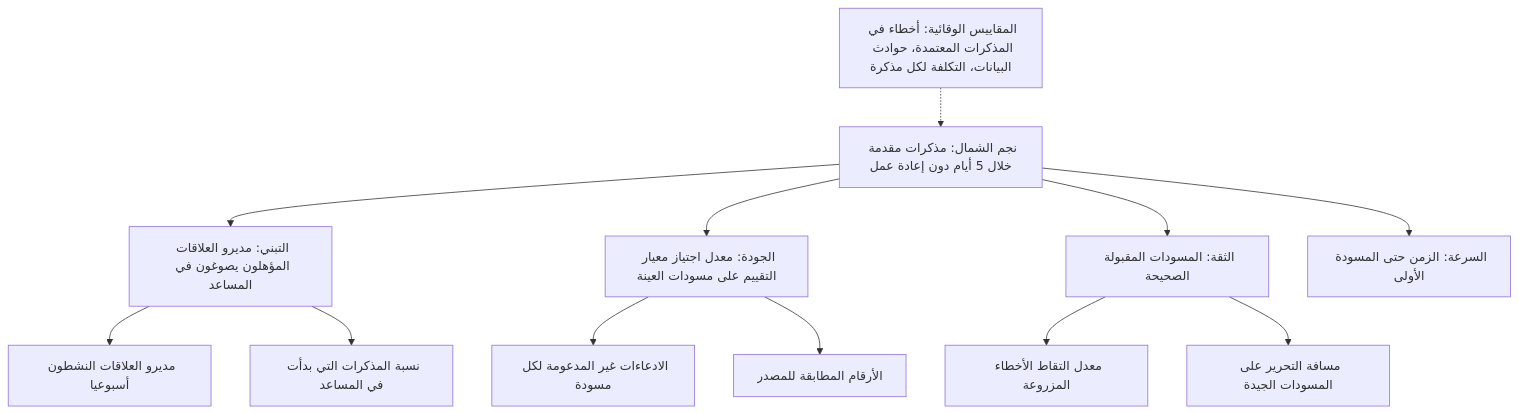
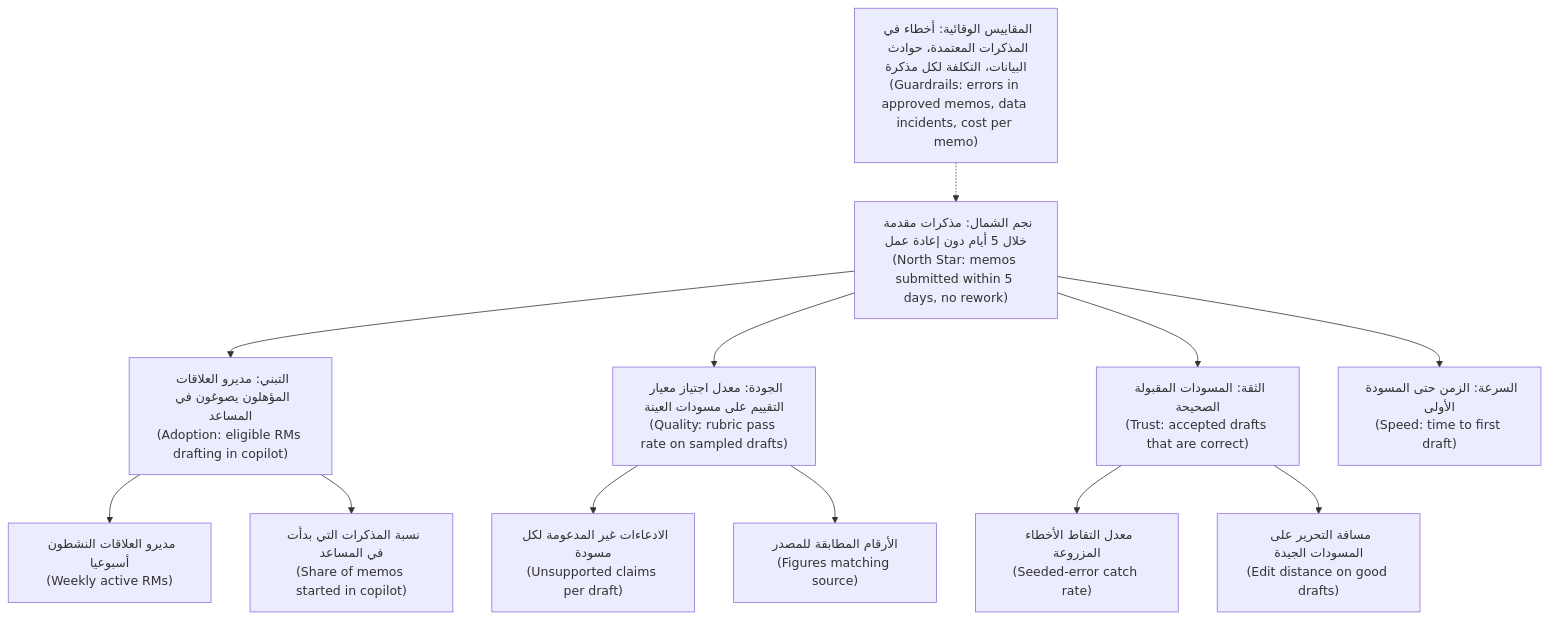
Before and after one commit to Tamoura/system-design-for-vibe-coders: the first of 3 diagrams in aipm/modules/08-metrics.ar.md, drawn with Mermaid. The commit also changed other lines of this file and 9 other files, not shown here.

First line of the commit message:
AI PM course (AR): right-to-left diagrams with English labels

````diff
--- a/aipm/modules/08-metrics.ar.md
+++ b/aipm/modules/08-metrics.ar.md
@@ -82,15 +82,15 @@
 ```mermaid
 flowchart TD
-    NS["نجم الشمال: مذكرات مقدمة خلال 5 أيام دون إعادة عمل"]
-    NS --> A["التبني: مديرو العلاقات المؤهلون يصوغون في المساعد"]
-    NS --> Q["الجودة: معدل اجتياز معيار التقييم على مسودات العينة"]
-    NS --> T["الثقة: المسودات المقبولة الصحيحة"]
-    NS --> S["السرعة: الزمن حتى المسودة الأولى"]
-    A --> A1["مديرو العلاقات النشطون أسبوعيا"]
-    A --> A2["نسبة المذكرات التي بدأت في المساعد"]
-    Q --> Q1["الادعاءات غير المدعومة لكل مسودة"]
-    Q --> Q2["الأرقام المطابقة للمصدر"]
-    T --> T1["معدل التقاط الأخطاء المزروعة"]
-    T --> T2["مسافة التحرير على المسودات الجيدة"]
-    G["المقاييس الوقائية: أخطاء في المذكرات المعتمدة، حوادث البيانات، التكلفة لكل مذكرة"] -.-> NS
+    NS["نجم الشمال: مذكرات مقدمة خلال 5 أيام دون إعادة عمل<br/>(North Star: memos submitted within 5 days, no rework)"]
+    NS --> A["التبني: مديرو العلاقات المؤهلون يصوغون في المساعد<br/>(Adoption: eligible RMs drafting in copilot)"]
+    NS --> Q["الجودة: معدل اجتياز معيار التقييم على مسودات العينة<br/>(Quality: rubric pass rate on sampled drafts)"]
+    NS --> T["الثقة: المسودات المقبولة الصحيحة<br/>(Trust: accepted drafts that are correct)"]
+    NS --> S["السرعة: الزمن حتى المسودة الأولى<br/>(Speed: time to first draft)"]
+    A --> A1["مديرو العلاقات النشطون أسبوعيا<br/>(Weekly active RMs)"]
+    A --> A2["نسبة المذكرات التي بدأت في المساعد<br/>(Share of memos started in copilot)"]
+    Q --> Q1["الادعاءات غير المدعومة لكل مسودة<br/>(Unsupported claims per draft)"]
+    Q --> Q2["الأرقام المطابقة للمصدر<br/>(Figures matching source)"]
+    T --> T1["معدل التقاط الأخطاء المزروعة<br/>(Seeded-error catch rate)"]
+    T --> T2["مسافة التحرير على المسودات الجيدة<br/>(Edit distance on good drafts)"]
+    G["المقاييس الوقائية: أخطاء في المذكرات المعتمدة، حوادث البيانات، التكلفة لكل مذكرة<br/>(Guardrails: errors in approved memos, data incidents, cost per memo)"] -.-> NS
 ```
````
